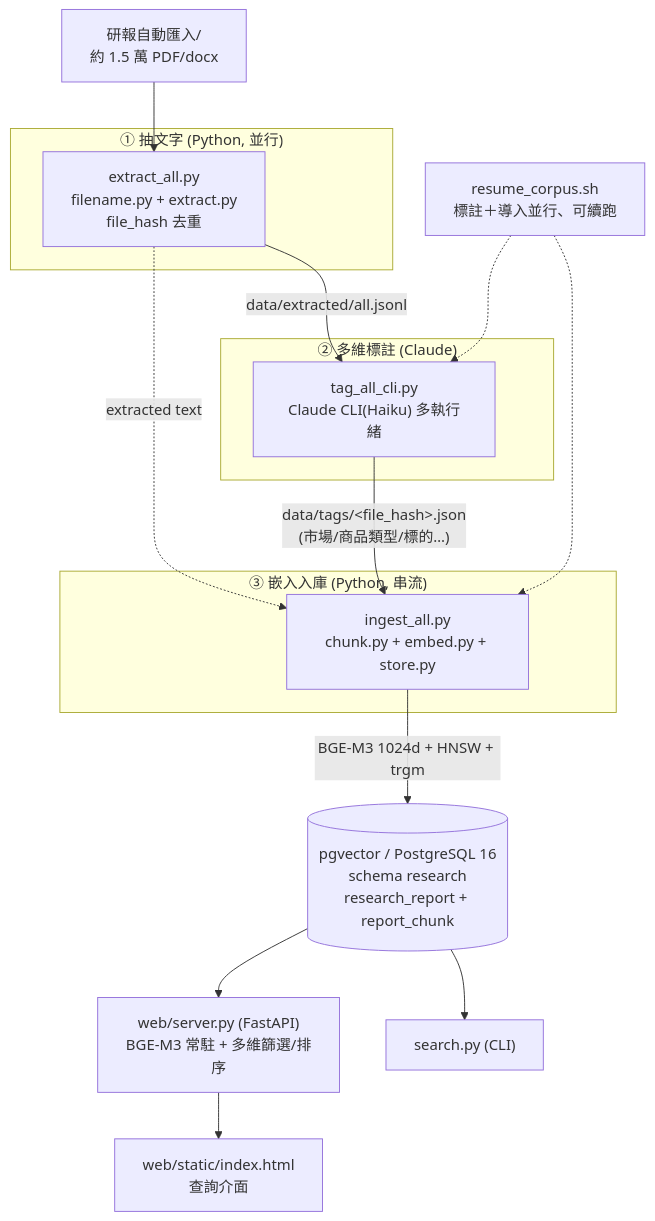
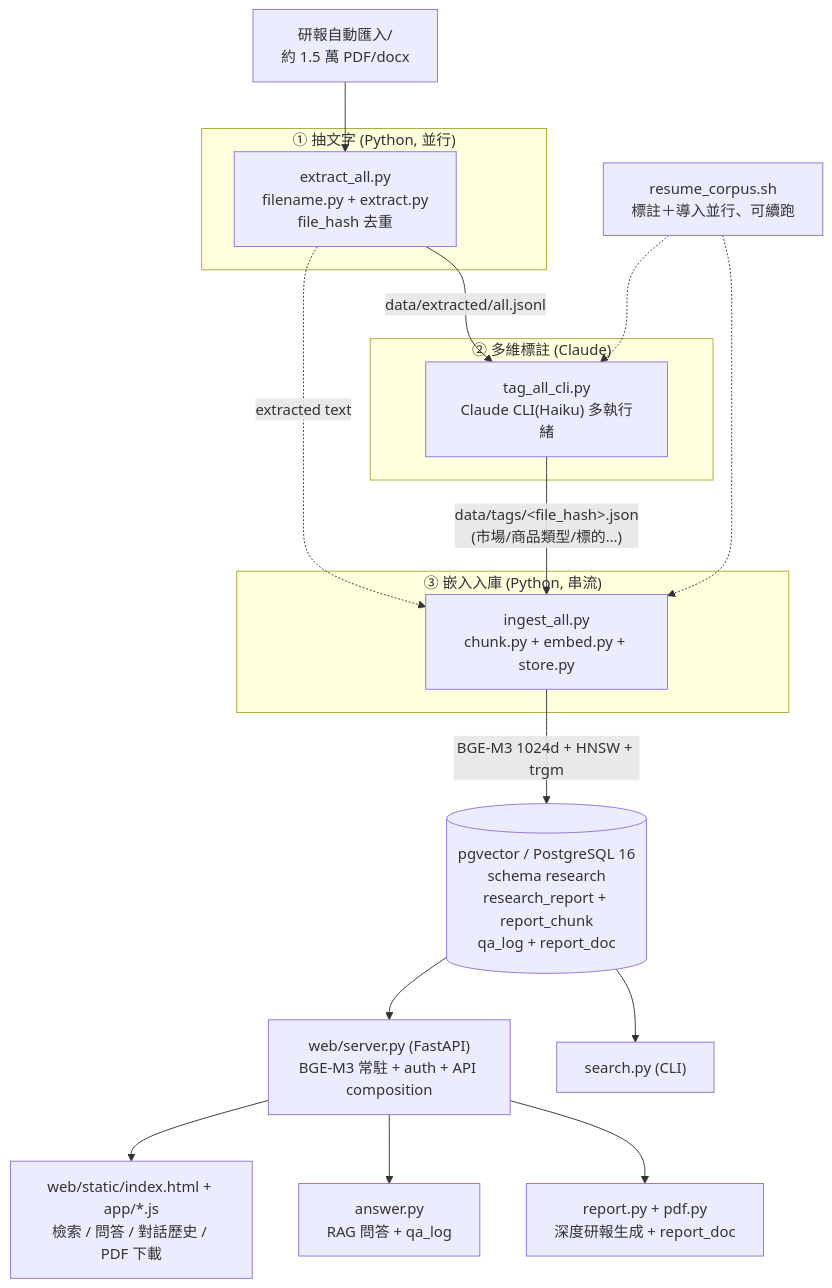
One commit to FPI-TW/report-research changed the diagram in docs/WORKFLOW.md. Above: the diagram before and after it, drawn with Mermaid. The commit also changed other lines of this file and 4 other files, not shown here.

````diff
--- a/docs/WORKFLOW.md
+++ b/docs/WORKFLOW.md
@@ -13,29 +13,31 @@
 ```mermaid
 flowchart TD
     SRC["研報自動匯入/<br/>約 1.5 萬 PDF/docx"]
 
     subgraph PY1["① 抽文字 (Python, 並行)"]
       EX["extract_all.py<br/>filename.py + extract.py<br/>file_hash 去重"]
     end
     subgraph CL["② 多維標註 (Claude)"]
       TG["tag_all_cli.py<br/>Claude CLI(Haiku) 多執行緒"]
     end
     subgraph PY3["③ 嵌入入庫 (Python, 串流)"]
       IN["ingest_all.py<br/>chunk.py + embed.py + store.py"]
     end
 
-    DB[("pgvector / PostgreSQL 16<br/>schema research<br/>research_report + report_chunk")]
+    DB[("pgvector / PostgreSQL 16<br/>schema research<br/>research_report + report_chunk<br/>qa_log + report_doc")]
 
     SRC --> EX
     EX -->|"data/extracted/all.jsonl"| TG
     EX -.->|"extracted text"| IN
     TG -->|"data/tags/&lt;file_hash&gt;.json<br/>(市場/商品類型/標的…)"| IN
     IN -->|"BGE-M3 1024d + HNSW + trgm"| DB
 
     ORC["resume_corpus.sh<br/>標註＋導入並行、可續跑"] -.-> TG
     ORC -.-> IN
 
-    DB --> WEB["web/server.py (FastAPI)<br/>BGE-M3 常駐 + 多維篩選/排序"]
+    DB --> WEB["web/server.py (FastAPI)<br/>BGE-M3 常駐 + auth + API composition"]
     DB --> CLI["search.py (CLI)"]
-    WEB --> UI["web/static/index.html<br/>查詢介面"]
+    WEB --> UI["web/static/index.html + app/*.js<br/>檢索 / 問答 / 對話歷史 / PDF 下載"]
+    WEB --> QA["answer.py<br/>RAG 問答 + qa_log"]
+    WEB --> RP["report.py + pdf.py<br/>深度研報生成 + report_doc"]
 ```
````
